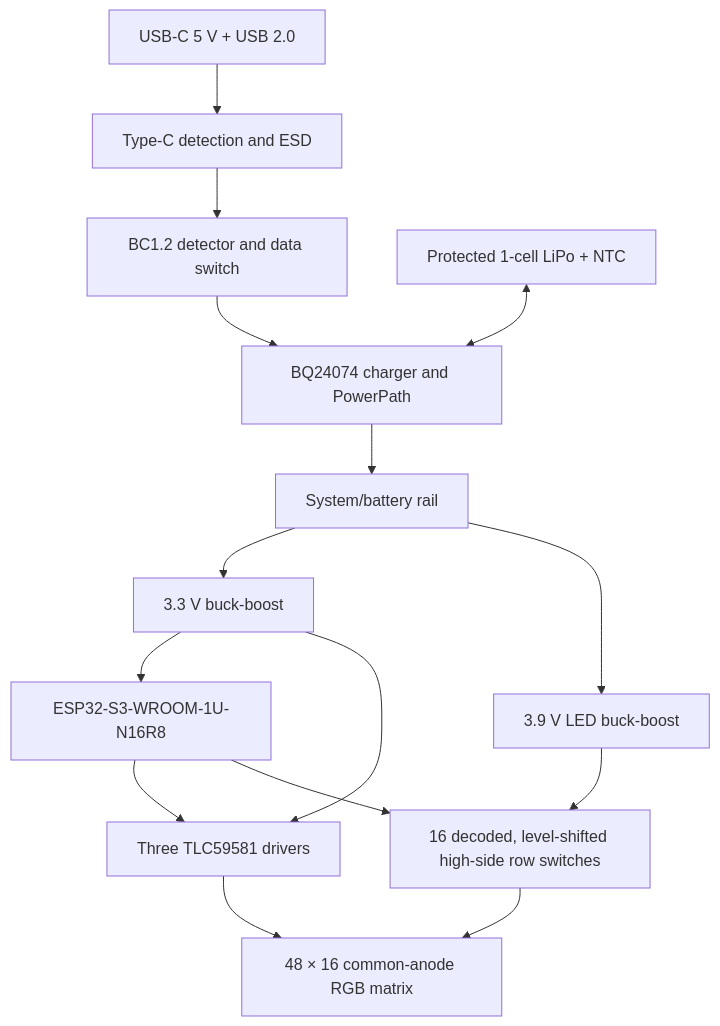
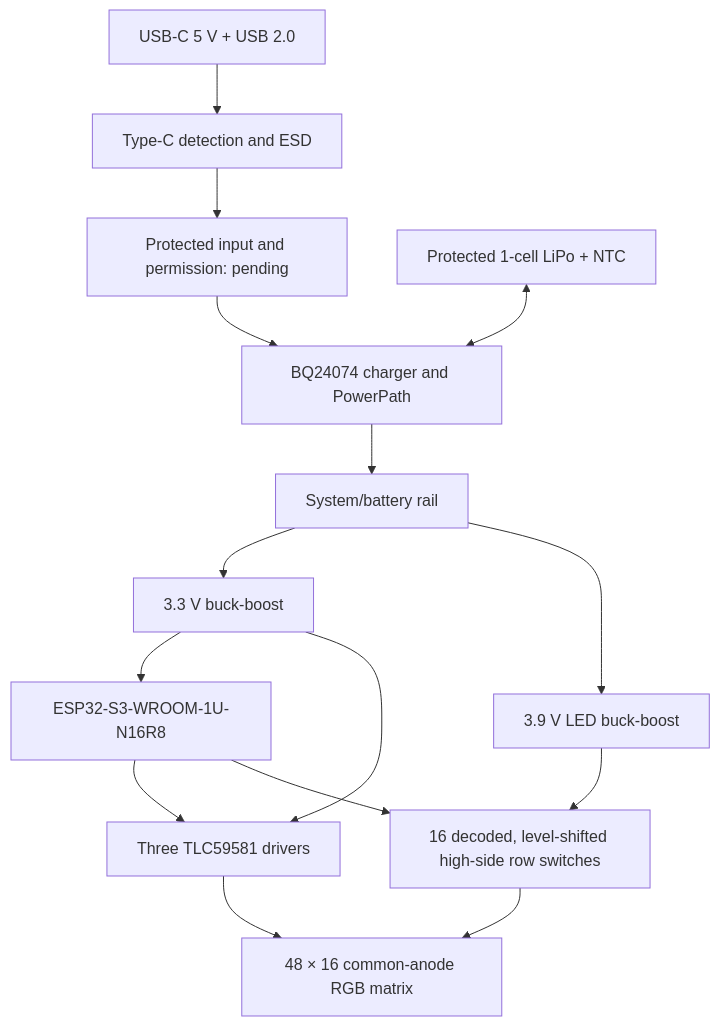
Before and after one commit to mulbc/rgb-badge: the diagram in docs/project-plan.md, drawn with Mermaid. The commit also changed other lines of this file, not shown here.

````diff
--- a/docs/project-plan.md
+++ b/docs/project-plan.md
@@ -81,17 +81,17 @@
 ```mermaid
 flowchart TD
     USB["USB-C 5 V + USB 2.0"] --> CC["Type-C detection and ESD"]
-    CC --> DET["BC1.2 detector and data switch"]
-    DET --> CHG["BQ24074 charger and PowerPath"]
+    CC --> PROT["Protected input and permission: pending"]
+    PROT --> CHG["BQ24074 charger and PowerPath"]
     BAT["Protected 1-cell LiPo + NTC"] <--> CHG
     CHG --> SYS["System/battery rail"]
     SYS --> P33["3.3 V buck-boost"]
     SYS --> PLED["3.9 V LED buck-boost"]
     P33 --> MCU["ESP32-S3-WROOM-1U-N16R8"]
     P33 --> DRV["Three TLC59581 drivers"]
     PLED --> ROW["16 decoded, level-shifted high-side row switches"]
     MCU --> DRV
     MCU --> ROW
     DRV --> MATRIX["48 × 16 common-anode RGB matrix"]
     ROW --> MATRIX
 ```
````
